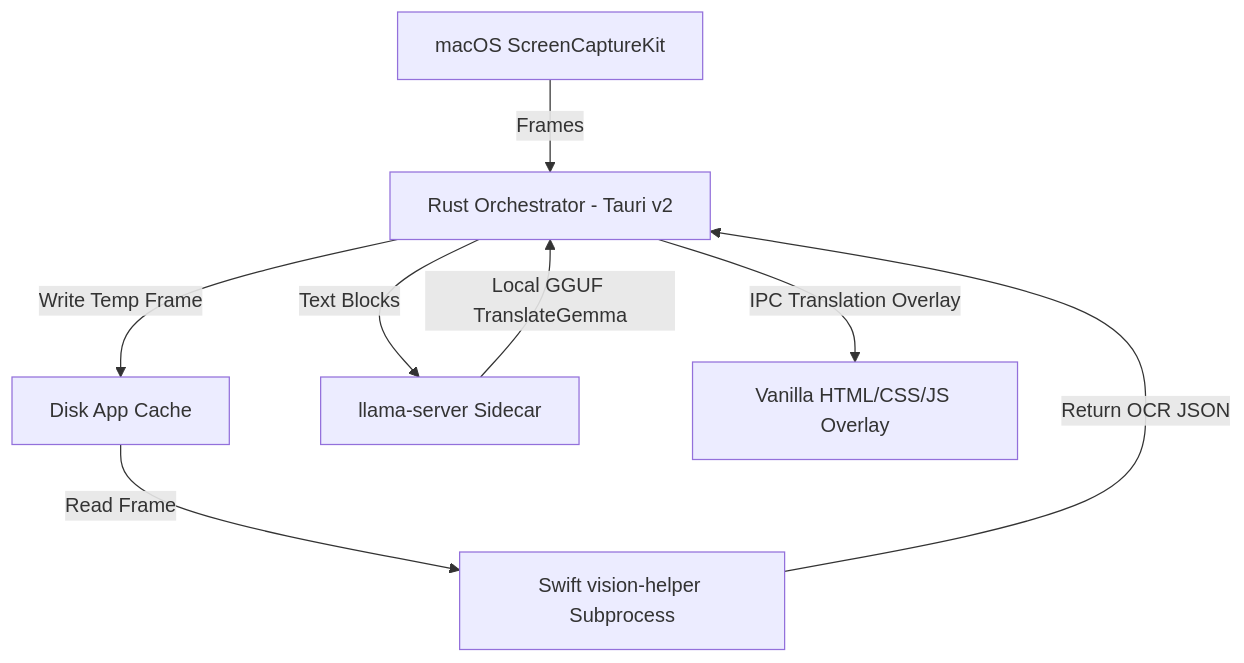
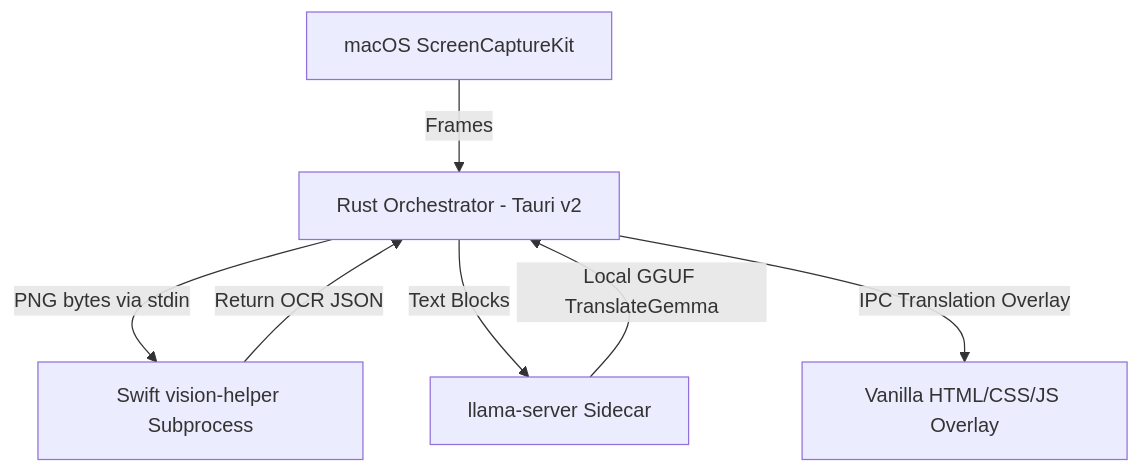
Before and after one commit to nazakun021/contextura: the diagram in docs/TECH-STACK.md, drawn with Mermaid. The commit also changed other lines of this file and 6 other files, not shown here.

Commit message:
docs: align roadmap, setup, spec, and ADRs with stdin OCR handoff, latency tracepoints, and updated verification status

````diff
--- a/docs/TECH-STACK.md
+++ b/docs/TECH-STACK.md
@@ -7,10 +7,9 @@
 ```mermaid
 graph TD
     SCK[macOS ScreenCaptureKit] -->|Frames| Rust[Rust Orchestrator - Tauri v2]
-    Rust -->|Write Temp Frame| Disk[Disk App Cache]
-    Disk -->|Read Frame| Swift[Swift vision-helper Subprocess]
+    Rust -->|PNG bytes via stdin| Swift[Swift vision-helper Subprocess]
     Swift -->|Return OCR JSON| Rust
     Rust -->|Text Blocks| LLM[llama-server Sidecar]
     LLM -->|Local GGUF TranslateGemma| Rust
     Rust -->|IPC Translation Overlay| FE[Vanilla HTML/CSS/JS Overlay]
 ```
````
